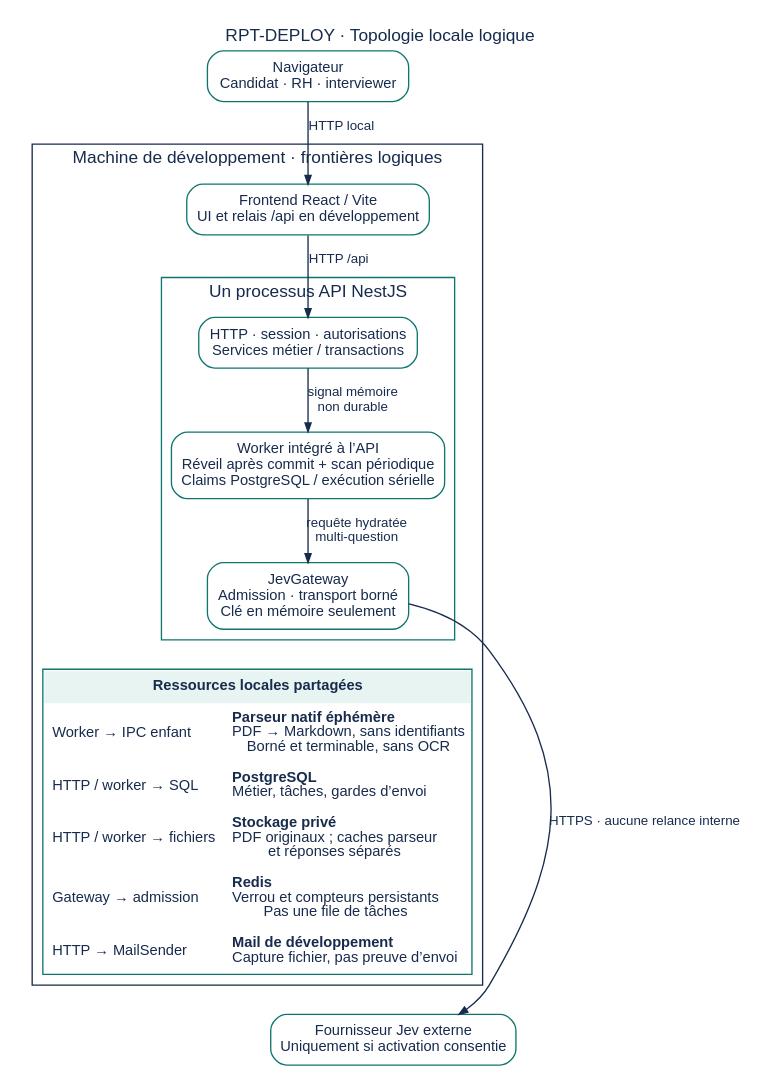
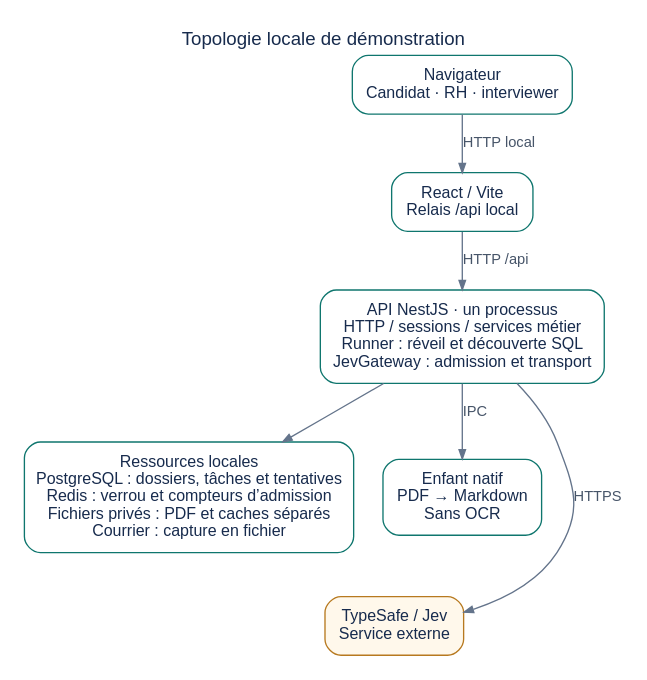
Before and after one commit to abdelkarim-ayed/cap-recruitment: the diagram in presentation/report/diagrams/RPT-DEPLOY.dot, drawn with Graphviz. The commit also changed 48 other files, not shown here.

```diff
--- a/presentation/report/diagrams/RPT-DEPLOY.dot
+++ b/presentation/report/diagrams/RPT-DEPLOY.dot
@@ -1,36 +1,21 @@
-// Logical local development topology; no actual addresses, paths or identities.
+// Local logical topology, grouped resources keep labels readable on A4.
 digraph Deploy {
-  graph [rankdir=TB, bgcolor="white", pad=0.12, nodesep=0.3, ranksep=0.35,
-    fontname="Liberation Sans", fontsize=13, fontcolor="#172B4D",
-    label="RPT-DEPLOY · Topologie locale logique", labelloc=t];
+  graph [rankdir=TB, bgcolor="white", pad=0.15, nodesep=0.3, ranksep=0.45,
+    fontname="Liberation Sans", fontsize=14, fontcolor="#172B4D", label="Topologie locale de démonstration", labelloc=t];
   node [shape=box, style="rounded,filled", fillcolor="white", color="#0F766E",
-    fontname="Liberation Sans", fontsize=11, fontcolor="#172B4D", margin="0.13,0.1"];
-  edge [fontname="Liberation Sans", fontsize=10, color="#172B4D", fontcolor="#172B4D", arrowsize=0.65];
+    fontname="Liberation Sans", fontsize=12, fontcolor="#172B4D", margin="0.14,0.12"];
+  edge [fontname="Liberation Sans", fontsize=11, color="#64748B", fontcolor="#475569", arrowsize=0.7];
   browser [label="Navigateur\nCandidat · RH · interviewer"];
-  subgraph cluster_local {
-    label="Machine de développement · frontières logiques"; color="#172B4D";
-    web [label="Frontend React / Vite\nUI et relais /api en développement"];
-    subgraph cluster_api {
-      label="Un processus API NestJS"; color="#0F766E";
-      http [label="HTTP · session · autorisations\nServices métier / transactions"];
-      runner [label="Worker intégré à l’API\nRéveil après commit + scan périodique\nClaims PostgreSQL / exécution sérielle"];
-      gateway [label="JevGateway\nAdmission · transport borné\nClé en mémoire seulement"];
-      http -> runner [label="signal mémoire\nnon durable"];
-      runner -> gateway [label="requête hydratée\nmulti-question"];
-    }
-    resources [shape=plain, label=<<TABLE BORDER="1" COLOR="#0F766E" CELLBORDER="0" CELLSPACING="0" CELLPADDING="6">
-      <TR><TD COLSPAN="2" BGCOLOR="#E8F4F1"><B>Ressources locales partagées</B></TD></TR>
-      <TR><TD ALIGN="LEFT">Worker → IPC enfant</TD><TD ALIGN="LEFT"><B>Parseur natif éphémère</B><BR ALIGN="LEFT"/>PDF → Markdown, sans identifiants<BR ALIGN="LEFT"/>Borné et terminable, sans OCR</TD></TR>
-      <TR><TD ALIGN="LEFT">HTTP / worker → SQL</TD><TD ALIGN="LEFT"><B>PostgreSQL</B><BR ALIGN="LEFT"/>Métier, tâches, gardes d’envoi</TD></TR>
-      <TR><TD ALIGN="LEFT">HTTP / worker → fichiers</TD><TD ALIGN="LEFT"><B>Stockage privé</B><BR ALIGN="LEFT"/>PDF originaux ; caches parseur<BR ALIGN="LEFT"/>et réponses séparés</TD></TR>
-      <TR><TD ALIGN="LEFT">Gateway → admission</TD><TD ALIGN="LEFT"><B>Redis</B><BR ALIGN="LEFT"/>Verrou et compteurs persistants<BR ALIGN="LEFT"/>Pas une file de tâches</TD></TR>
-      <TR><TD ALIGN="LEFT">HTTP → MailSender</TD><TD ALIGN="LEFT"><B>Mail de développement</B><BR ALIGN="LEFT"/>Capture fichier, pas preuve d’envoi</TD></TR>
-    </TABLE>>];
-    web -> http [label="HTTP /api"];
-    gateway -> resources [style=invis];
-  }
-  provider [label="Fournisseur Jev externe\nUniquement si activation consentie"];
+  web [label="React / Vite\nRelais /api local"];
+  api [label="API NestJS · un processus\nHTTP / sessions / services métier\nRunner : réveil et découverte SQL\nJevGateway : admission et transport"];
+  resources [label="Ressources locales\nPostgreSQL : dossiers, tâches et tentatives\nRedis : verrou et compteurs d’admission\nFichiers privés : PDF et caches séparés\nCourrier : capture en fichier"];
+  parser [label="Enfant natif\nPDF → Markdown\nSans OCR"];
+  provider [label="TypeSafe / Jev\nService externe", fillcolor="#FFF8EB", color="#B7791F"];
+  {rank=same; resources; parser;}
   browser -> web [label="HTTP local"];
-  gateway -> provider [label="HTTPS · aucune relance interne"];
+  web -> api [label="HTTP /api"];
+  api -> resources;
+  api -> parser [label="IPC"];
   resources -> provider [style=invis];
+  api -> provider [label="HTTPS"];
 }
```
